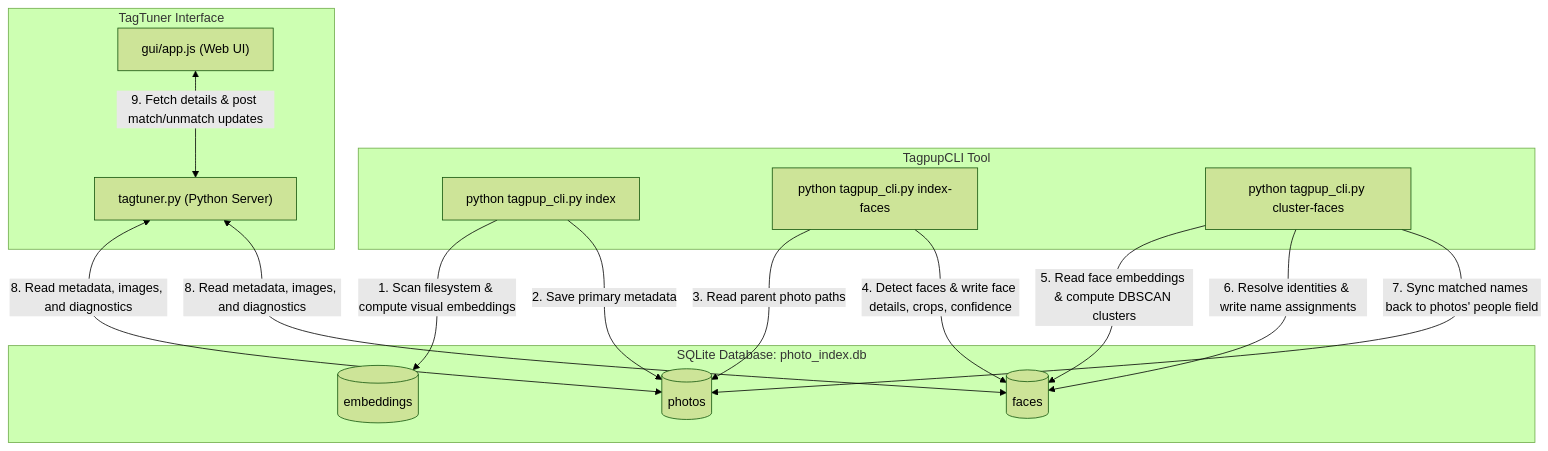
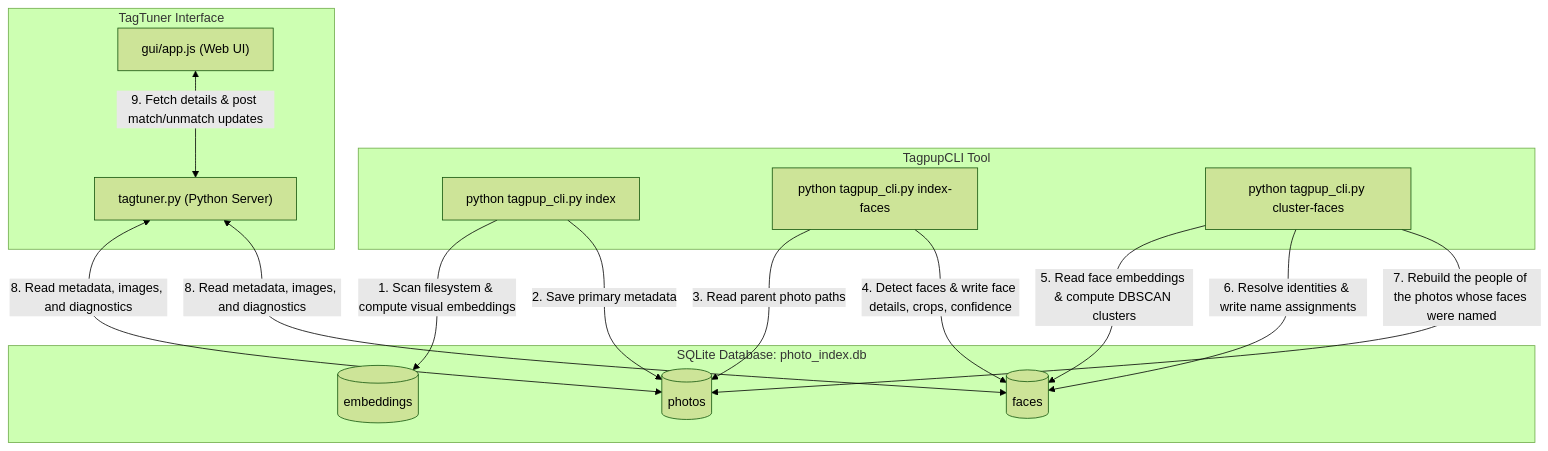
The second of 2 diagrams in DATABASE.md (Wizoi/TagPup), drawn with Mermaid (forest theme) before and after one commit. The commit also changed other lines of this file and 54 other files, not shown here.

````diff
--- a/DATABASE.md
+++ b/DATABASE.md
@@ -236,36 +254,36 @@
 ```mermaid
 flowchart TD
     subgraph CLI Commands [TagpupCLI Tool]
         A["python tagpup_cli.py index"]
         B["python tagpup_cli.py index-faces"]
         C["python tagpup_cli.py cluster-faces"]
     end
 
     subgraph Web App [TagTuner Interface]
         D["tagtuner.py (Python Server)"]
         E["gui/app.js (Web UI)"]
     end
 
     subgraph DB [SQLite Database: photo_index.db]
         T1[(photos)]
         T2[(faces)]
         T3[(embeddings)]
     end
 
     %% CLI Indexing Interactions
     A -->|1. Scan filesystem & compute visual embeddings| T3
     A -->|2. Save primary metadata| T1
     
     %% CLI Face Extraction Interactions
     B -->|3. Read parent photo paths| T1
     B -->|4. Detect faces & write face details, crops, confidence| T2
     
     %% CLI Identity Clustering Interactions
     C -->|5. Read face embeddings & compute DBSCAN clusters| T2
     C -->|6. Resolve identities & write name assignments| T2
-    C -->|7. Sync matched names back to photos' people field| T1
+    C -->|7. Rebuild the people of the photos whose faces were named| T1
 
     %% Server & Web UI Interactions
     D <-->|8. Read metadata, images, and diagnostics| T1 & T2
     E <-->|9. Fetch details & post match/unmatch updates| D
 ```
````
